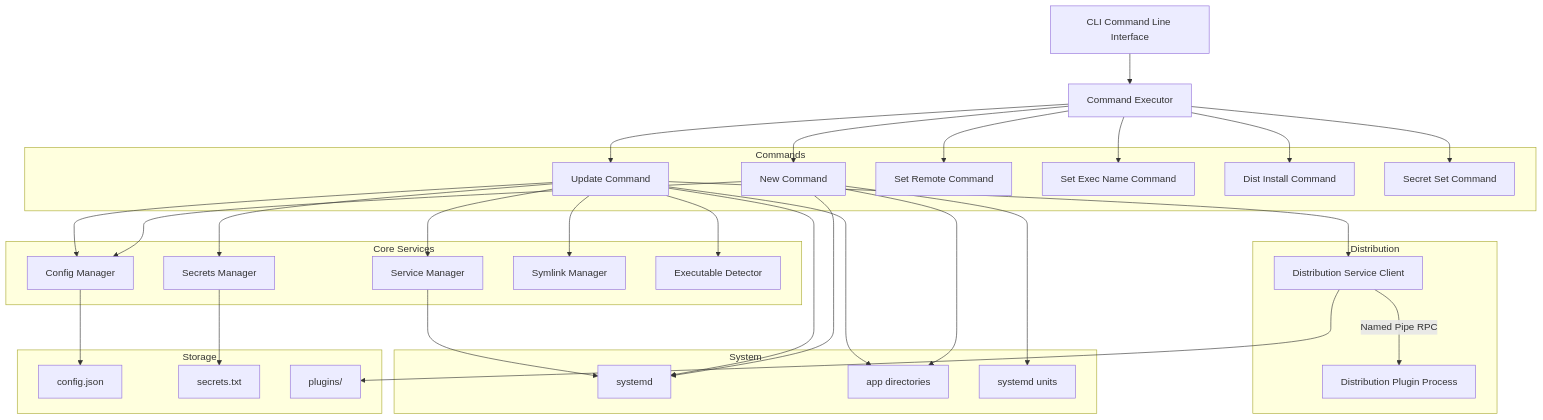
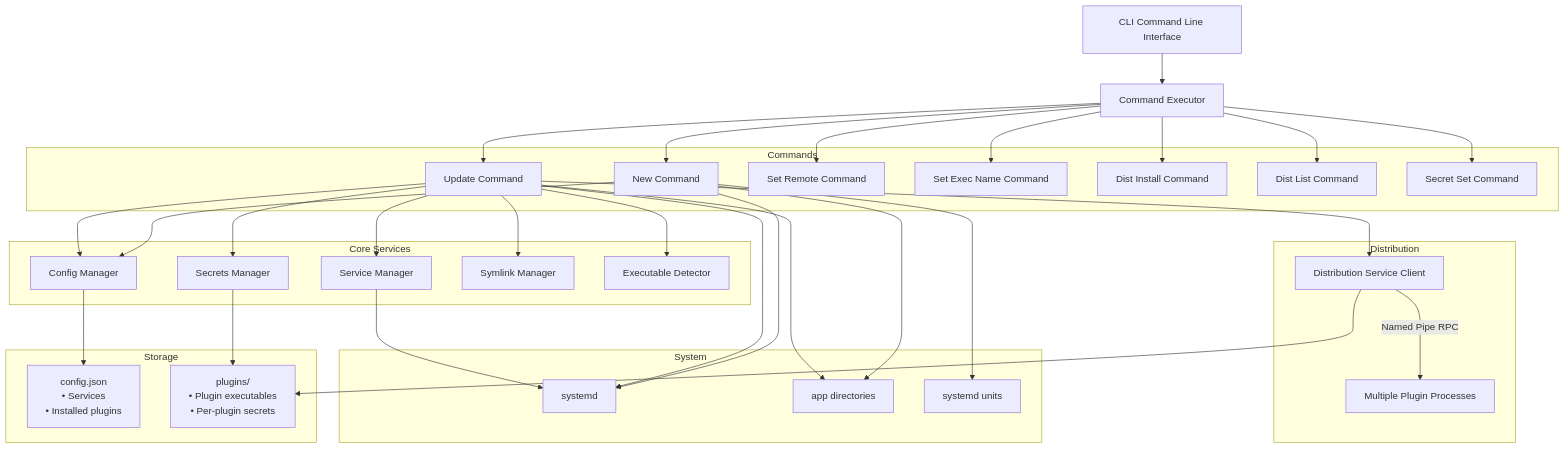
The first of 6 diagrams in README.md (AdamTovatt/updaemon), drawn with Mermaid before and after one commit. The commit also changed other lines of this file, not shown here.

````diff
--- a/README.md
+++ b/README.md
@@ -479,68 +479,69 @@
 ```mermaid
 graph TB
     CLI[CLI Command Line Interface]
     Executor[Command Executor]
     
     subgraph Commands
         NewCmd[New Command]
         UpdateCmd[Update Command]
         SetRemoteCmd[Set Remote Command]
         SetExecNameCmd[Set Exec Name Command]
         DistInstallCmd[Dist Install Command]
+        DistListCmd[Dist List Command]
         SecretSetCmd[Secret Set Command]
     end
     
     subgraph Core Services
         ConfigMgr[Config Manager]
         SecretsMgr[Secrets Manager]
         ServiceMgr[Service Manager]
         SymlinkMgr[Symlink Manager]
         ExecDetector[Executable Detector]
     end
     
     subgraph Distribution
         DistClient[Distribution Service Client]
-        Plugin[Distribution Plugin Process]
+        Plugins[Multiple Plugin Processes]
     end
     
     subgraph Storage
-        ConfigFile["config.json"]
-        SecretsFile["secrets.txt"]
-        PluginFiles["plugins/"]
+        ConfigFile["config.json<br/>• Services<br/>• Installed plugins"]
+        PluginFiles["plugins/<br/>• Plugin executables<br/>• Per-plugin secrets"]
     end
     
     subgraph System
         Systemd[systemd]
         OptDir["app directories"]
         EtcDir["systemd units"]
     end
     
     CLI --> Executor
     Executor --> NewCmd
     Executor --> UpdateCmd
     Executor --> SetRemoteCmd
     Executor --> SetExecNameCmd
     Executor --> DistInstallCmd
+    Executor --> DistListCmd
     Executor --> SecretSetCmd
     
     NewCmd --> ConfigMgr
     UpdateCmd --> ConfigMgr
     UpdateCmd --> SecretsMgr
     UpdateCmd --> ServiceMgr
     UpdateCmd --> SymlinkMgr
     UpdateCmd --> ExecDetector
     UpdateCmd --> DistClient
     
     ConfigMgr --> ConfigFile
-    SecretsMgr --> SecretsFile
+    SecretsMgr --> PluginFiles
     
-    DistClient -->|Named Pipe RPC| Plugin
+    DistClient -->|Named Pipe RPC| Plugins
     DistClient --> PluginFiles
     
     NewCmd --> Systemd
     UpdateCmd --> Systemd
     ServiceMgr --> Systemd
     NewCmd --> OptDir
     UpdateCmd --> OptDir
     NewCmd --> EtcDir
 ```
````
